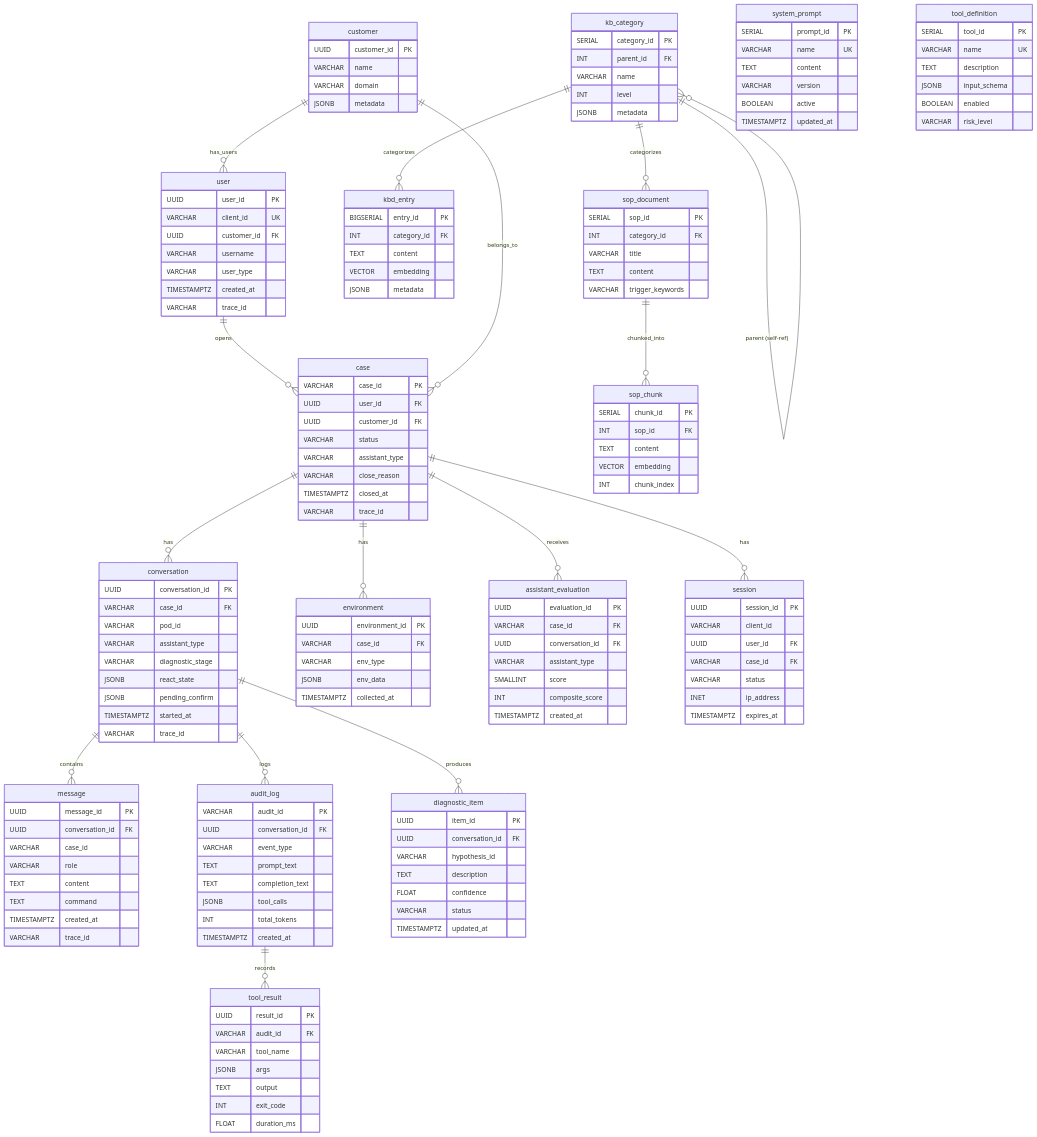
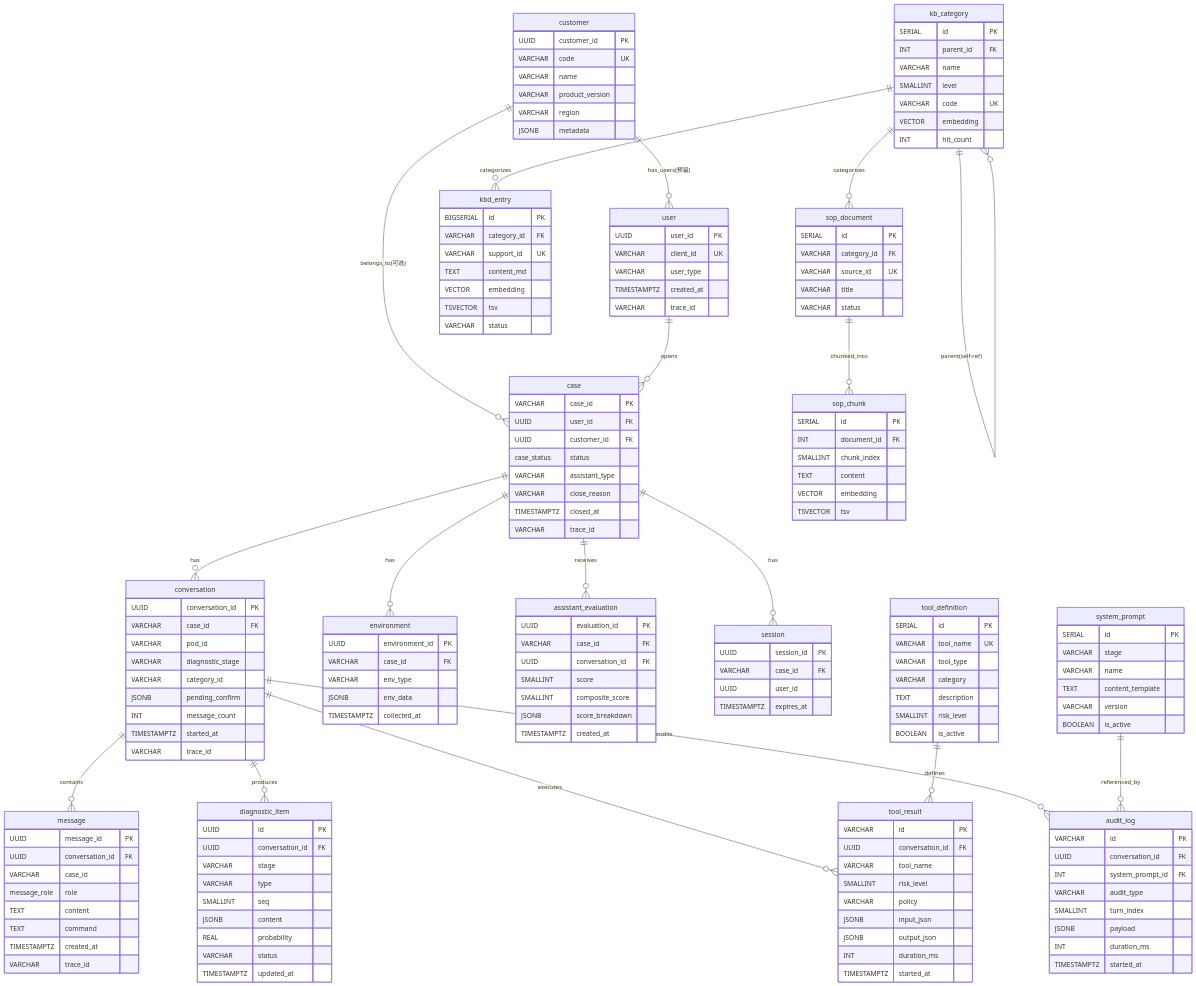
Before and after one commit to tomturing/hci-troubleshoot-platform: the first of 3 diagrams in docs/solution/数据库设计.md, drawn with Mermaid. The commit also changed other lines of this file and 29 other files, not shown here.

````diff
--- a/docs/solution/数据库设计.md
+++ b/docs/solution/数据库设计.md
@@ -63,32 +76,34 @@
 ```mermaid
 erDiagram
-    customer ||--o{ "user" : "has_users"
+    customer ||--o{ "user" : "has_users(预留)"
+    customer ||--o{ "case" : "belongs_to(可选)"
     "user" ||--o{ "case" : "opens"
-    customer ||--o{ "case" : "belongs_to"
     "case" ||--o{ conversation : "has"
     "case" ||--o{ environment : "has"
     "case" ||--o{ assistant_evaluation : "receives"
     "case" ||--o{ session : "has"
     conversation ||--o{ message : "contains"
-    conversation ||--o{ audit_log : "logs"
     conversation ||--o{ diagnostic_item : "produces"
-    audit_log ||--o{ tool_result : "records"
-    kb_category ||--o{ kb_category : "parent (self-ref)"
+    conversation ||--o{ tool_result : "executes"
+    conversation ||--o{ audit_log : "audits"
+    system_prompt ||--o{ audit_log : "referenced_by"
+    tool_definition ||--o{ tool_result : "defines"
+    kb_category ||--o{ kb_category : "parent(self-ref)"
     kb_category ||--o{ kbd_entry : "categorizes"
     kb_category ||--o{ sop_document : "categorizes"
     sop_document ||--o{ sop_chunk : "chunked_into"
 
     customer {
         UUID customer_id PK
+        VARCHAR code UK
         VARCHAR name
-        VARCHAR domain
+        VARCHAR product_version
+        VARCHAR region
         JSONB metadata
     }
     user {
         UUID user_id PK
         VARCHAR client_id UK
-        UUID customer_id FK
-        VARCHAR username
         VARCHAR user_type
         TIMESTAMPTZ created_at
         VARCHAR trace_id
@@ -97,31 +112,10 @@
         VARCHAR case_id PK
         UUID user_id FK
         UUID customer_id FK
-        VARCHAR status
+        case_status status
         VARCHAR assistant_type
         VARCHAR close_reason
         TIMESTAMPTZ closed_at
-        VARCHAR trace_id
-    }
-    conversation {
-        UUID conversation_id PK
-        VARCHAR case_id FK
-        VARCHAR pod_id
-        VARCHAR assistant_type
-        VARCHAR diagnostic_stage
-        JSONB react_state
-        JSONB pending_confirm
-        TIMESTAMPTZ started_at
-        VARCHAR trace_id
-    }
-    message {
-        UUID message_id PK
-        UUID conversation_id FK
-        VARCHAR case_id
-        VARCHAR role
-        TEXT content
-        TEXT command
-        TIMESTAMPTZ created_at
         VARCHAR trace_id
     }
     environment {
@@ -131,94 +125,122 @@
         JSONB env_data
         TIMESTAMPTZ collected_at
     }
-    session {
-        UUID session_id PK
-        VARCHAR client_id
-        UUID user_id FK
-        VARCHAR case_id FK
-        VARCHAR status
-        INET ip_address
-        TIMESTAMPTZ expires_at
-    }
-    audit_log {
-        VARCHAR audit_id PK
-        UUID conversation_id FK
-        VARCHAR event_type
-        TEXT prompt_text
-        TEXT completion_text
-        JSONB tool_calls
-        INT total_tokens
-        TIMESTAMPTZ created_at
-    }
     assistant_evaluation {
         UUID evaluation_id PK
         VARCHAR case_id FK
         UUID conversation_id FK
-        VARCHAR assistant_type
         SMALLINT score
-        INT composite_score
+        SMALLINT composite_score
+        JSONB score_breakdown
         TIMESTAMPTZ created_at
     }
+    session {
+        UUID session_id PK
+        VARCHAR case_id FK
+        UUID user_id
+        TIMESTAMPTZ expires_at
+    }
+    conversation {
+        UUID conversation_id PK
+        VARCHAR case_id FK
+        VARCHAR pod_id
+        VARCHAR diagnostic_stage
+        VARCHAR category_id
+        JSONB pending_confirm
+        INT message_count
+        TIMESTAMPTZ started_at
+        VARCHAR trace_id
+    }
+    message {
+        UUID message_id PK
+        UUID conversation_id FK
+        VARCHAR case_id
+        message_role role
+        TEXT content
+        TEXT command
+        TIMESTAMPTZ created_at
+        VARCHAR trace_id
+    }
     diagnostic_item {
-        UUID item_id PK
+        UUID id PK
         UUID conversation_id FK
-        VARCHAR hypothesis_id
-        TEXT description
-        FLOAT confidence
+        VARCHAR stage
+        VARCHAR type
+        SMALLINT seq
+        JSONB content
+        REAL probability
         VARCHAR status
         TIMESTAMPTZ updated_at
     }
     tool_result {
-        UUID result_id PK
-        VARCHAR audit_id FK
+        VARCHAR id PK
+        UUID conversation_id FK
         VARCHAR tool_name
-        JSONB args
-        TEXT output
-        INT exit_code
-        FLOAT duration_ms
+        SMALLINT risk_level
+        VARCHAR policy
+        JSONB input_json
+        JSONB output_json
+        INT duration_ms
+        TIMESTAMPTZ started_at
+    }
+    audit_log {
+        VARCHAR id PK
+        UUID conversation_id FK
+        INT system_prompt_id FK
+        VARCHAR audit_type
+        SMALLINT turn_index
+        JSONB payload
+        INT duration_ms
+        TIMESTAMPTZ started_at
     }
     system_prompt {
-        SERIAL prompt_id PK
-        VARCHAR name UK
-        TEXT content
+        SERIAL id PK
+        VARCHAR stage
+        VARCHAR name
+        TEXT content_template
         VARCHAR version
-        BOOLEAN active
-        TIMESTAMPTZ updated_at
+        BOOLEAN is_active
     }
     tool_definition {
-        SERIAL tool_id PK
-        VARCHAR name UK
+        SERIAL id PK
+        VARCHAR tool_name UK
+        VARCHAR tool_type
+        VARCHAR category
         TEXT description
-        JSONB input_schema
-        BOOLEAN enabled
-        VARCHAR risk_level
+        SMALLINT risk_level
+        BOOLEAN is_active
     }
     kb_category {
-        SERIAL category_id PK
+        SERIAL id PK
         INT parent_id FK
         VARCHAR name
-        INT level
-        JSONB metadata
+        SMALLINT level
+        VARCHAR code UK
+        VECTOR embedding
+        INT hit_count
     }
     kbd_entry {
-        BIGSERIAL entry_id PK
-        INT category_id FK
+        BIGSERIAL id PK
+        VARCHAR category_id FK
+        VARCHAR support_id UK
+        TEXT content_md
+        VECTOR embedding
+        TSVECTOR tsv
+        VARCHAR status
+    }
+    sop_document {
+        SERIAL id PK
+        VARCHAR category_id FK
+        VARCHAR source_id UK
+        VARCHAR title
+        VARCHAR status
+    }
+    sop_chunk {
+        SERIAL id PK
+        INT document_id FK
+        SMALLINT chunk_index
         TEXT content
         VECTOR embedding
-        JSONB metadata
-    }
-    sop_document {
-        SERIAL sop_id PK
-        INT category_id FK
-        VARCHAR title
-        TEXT content
-        VARCHAR trigger_keywords
-    }
-    sop_chunk {
-        SERIAL chunk_id PK
-        INT sop_id FK
-        TEXT content
-        VECTOR embedding
-        INT chunk_index
+        TSVECTOR tsv
     }
 ```
````
